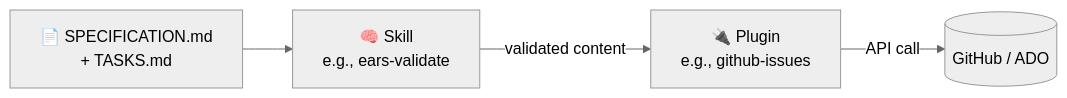
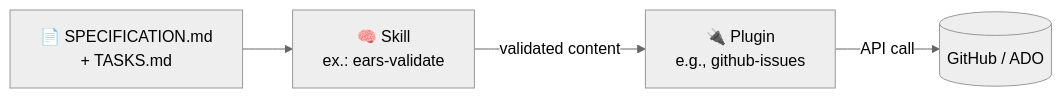
Before and after one commit to paulasilvatech/hackathon-datacorp-team-kit: the diagram in pt-br/plugins/README.md, drawn with Mermaid (neutral theme). The commit also changed other lines of this file and 172 other files, not shown here.

````diff
--- a/pt-br/plugins/README.md
+++ b/pt-br/plugins/README.md
@@ -33,6 +40,6 @@
 ```mermaid
 flowchart LR
- Spec[📄 SPECIFICATION.md<br/>+ TASKS.md] --> Skill[🧠 Skill<br/>e.g., ears-validate]
+ Spec[📄 SPECIFICATION.md<br/>+ TASKS.md] --> Skill[🧠 Skill<br/>ex.: ears-validate]
  Skill -->|validated content| Plugin[🔌 Plugin<br/>e.g., github-issues]
  Plugin -->|API call| Target[(GitHub / ADO)]
 ```
````
